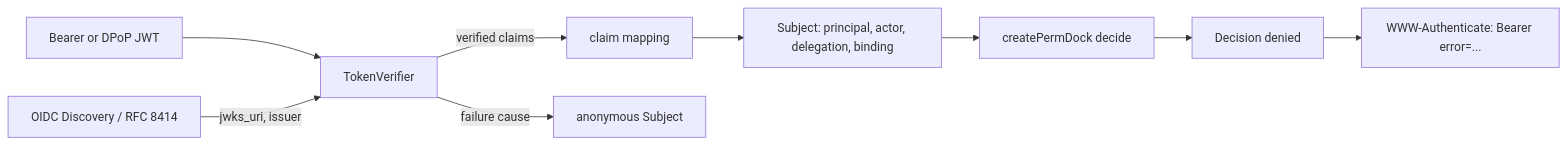
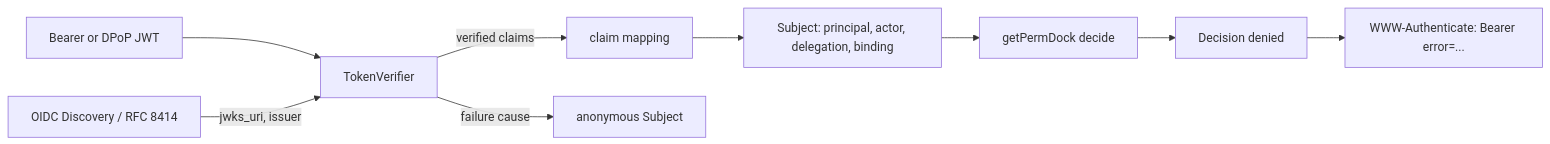
Before and after one commit to ScaleDockHQ/permdock: the diagram in apps/docs/content/docs/adapters/jwt.mdx, drawn with Mermaid. The commit also changed 53 other files, not shown here.

Commit message:
docs: document getPermDock, getPermDockSync, requirePermission and prefetchRelations

````diff
--- a/apps/docs/content/docs/adapters/jwt.mdx
+++ b/apps/docs/content/docs/adapters/jwt.mdx
@@ -12,11 +12,11 @@
 ```mermaid
 flowchart LR
   Token[Bearer or DPoP JWT] --> Verifier[TokenVerifier]
   Discovery["OIDC Discovery / RFC 8414"] -->|jwks_uri, issuer| Verifier
   Verifier -->|verified claims| Mapper[claim mapping]
   Verifier -->|failure cause| Anon[anonymous Subject]
   Mapper --> Subject["Subject: principal, actor, delegation, binding"]
-  Subject --> Core[createPermDock decide]
+  Subject --> Core[getPermDock decide]
   Core --> Denied["Decision denied"]
   Denied --> Bearer["WWW-Authenticate: Bearer error=..."]
 ```
````
